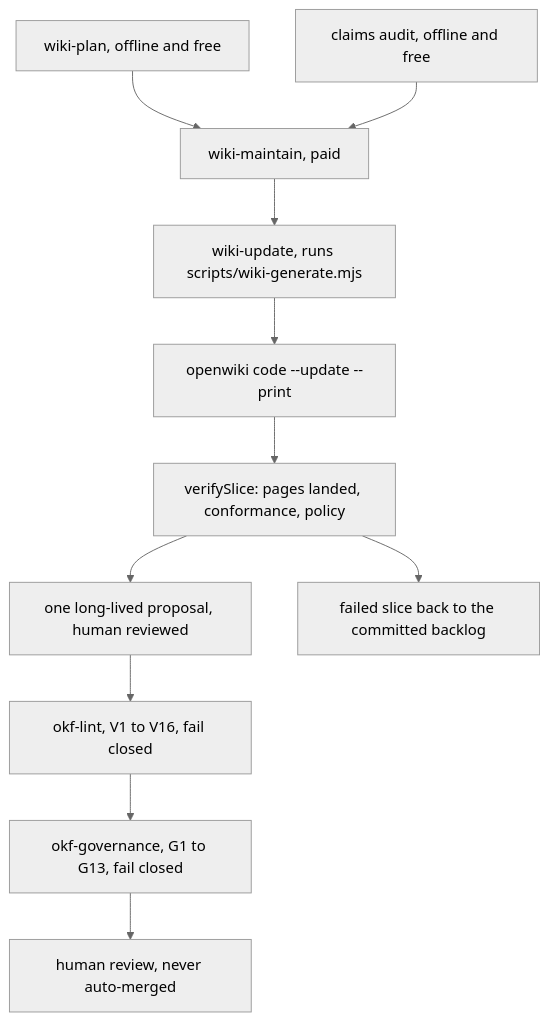
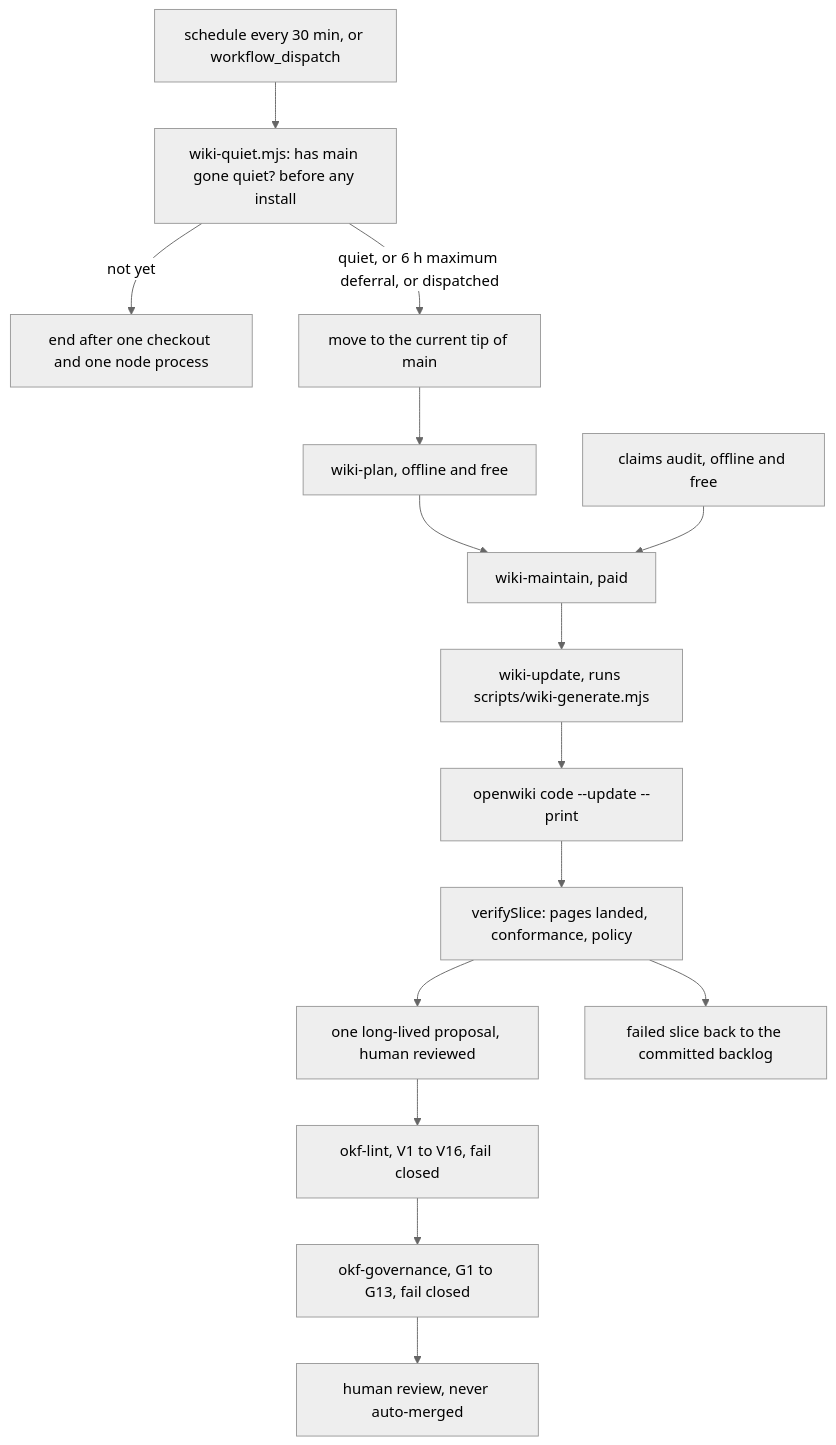
One commit to jumbleknot/MovieCollectionManager changed the diagram in openwiki/process/wiki-maintenance.md. Above: the diagram before and after it, drawn with Mermaid (neutral theme). The commit also changed other lines of this file and 15 other files, not shown here.

````diff
--- a/openwiki/process/wiki-maintenance.md
+++ b/openwiki/process/wiki-maintenance.md
@@ -93,13 +93,17 @@
 ```mermaid
 flowchart TD
-    Plan["wiki-plan, offline and free"] --> Maintain["wiki-maintain, paid"]
+    Fire["schedule every 30 min, or workflow_dispatch"] --> Quiet["wiki-quiet.mjs: has main gone quiet? before any install"]
+    Quiet -->|"not yet"| NoRun["end after one checkout and one node process"]
+    Quiet -->|"quiet, or 6 h maximum deferral, or dispatched"| Tip["move to the current tip of main"]
+    Tip --> Plan["wiki-plan, offline and free"]
+    Plan --> Maintain["wiki-maintain, paid"]
     Audit["claims audit, offline and free"] --> Maintain
     Maintain --> Generate["wiki-update, runs scripts/wiki-generate.mjs"]
     Generate --> Cli["openwiki code --update --print"]
     Cli --> Verify["verifySlice: pages landed, conformance, policy"]
     Verify --> Proposal["one long-lived proposal, human reviewed"]
     Verify --> Backlog["failed slice back to the committed backlog"]
     Proposal --> Lint["okf-lint, V1 to V16, fail closed"]
     Lint --> Gov["okf-governance, G1 to G13, fail closed"]
     Gov --> Review["human review, never auto-merged"]
 ```
````
